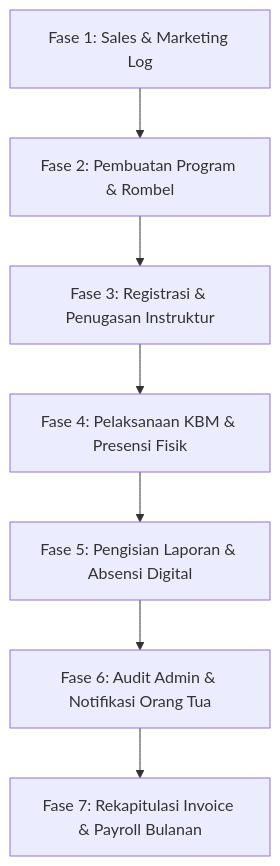
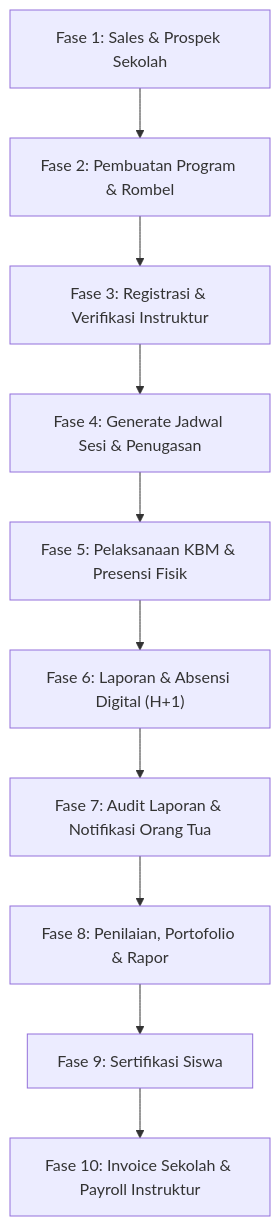
Before and after one commit to ErlassErlass/erlass.institute: the diagram in docs/user/SOP_HULU_KE_HILIR.md, drawn with Mermaid. The commit also changed other lines of this file, not shown here.

Commit message:
docs: perluas SOP_HULU_KE_HILIR.md menjadi 10 fase lengkap dari sales hingga payroll, termasuk exception handling, matriks akses, dan alur notifikasi WA

````diff
--- a/docs/user/SOP_HULU_KE_HILIR.md
+++ b/docs/user/SOP_HULU_KE_HILIR.md
@@ -10,9 +13,12 @@
 ```mermaid
 graph TD
-    A[Fase 1: Sales & Marketing Log] --> B[Fase 2: Pembuatan Program & Rombel]
-    B --> C[Fase 3: Registrasi & Penugasan Instruktur]
-    C --> D[Fase 4: Pelaksanaan KBM & Presensi Fisik]
-    D --> E[Fase 5: Pengisian Laporan & Absensi Digital]
-    E --> F[Fase 6: Audit Admin & Notifikasi Orang Tua]
-    F --> G[Fase 7: Rekapitulasi Invoice & Payroll Bulanan]
+    A["Fase 1: Sales & Prospek Sekolah"] --> B["Fase 2: Pembuatan Program & Rombel"]
+    B --> C["Fase 3: Registrasi & Verifikasi Instruktur"]
+    C --> D["Fase 4: Generate Jadwal Sesi & Penugasan"]
+    D --> E["Fase 5: Pelaksanaan KBM & Presensi Fisik"]
+    E --> F["Fase 6: Laporan & Absensi Digital (H+1)"]
+    F --> G["Fase 7: Audit Laporan & Notifikasi Orang Tua"]
+    G --> H["Fase 8: Penilaian, Portofolio & Rapor"]
+    H --> I["Fase 9: Sertifikasi Siswa"]
+    I --> J["Fase 10: Invoice Sekolah & Payroll Instruktur"]
 ```
````
